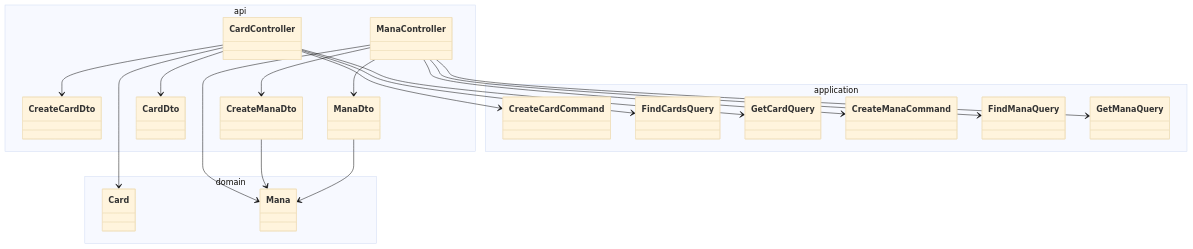
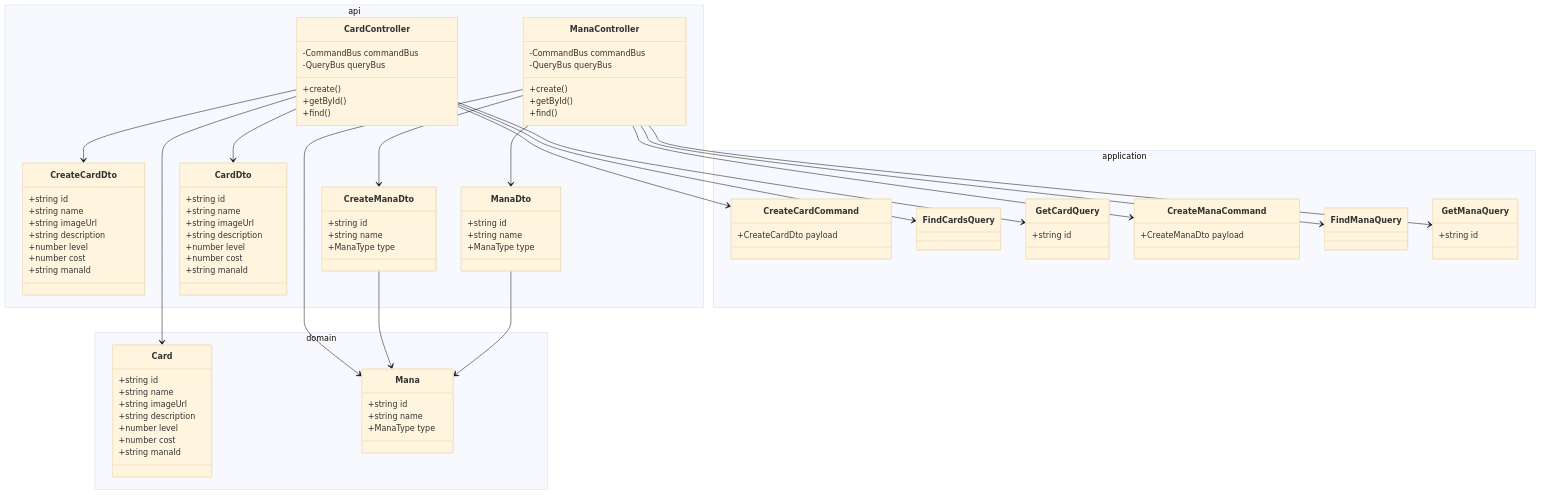
One commit to pslotinsky/decay-of-magic changed the first of 5 diagrams in services/codex-service/README.md. Above: the diagram before and after it, drawn with Mermaid (base theme). The commit also changed other lines of this file and 16 other files, not shown here.

Commit message:
DOD-0004: Add class members to Poe class diagram

````diff
--- a/services/codex-service/README.md
+++ b/services/codex-service/README.md
@@ -33,24 +33,80 @@
 ```mermaid
 classDiagram
   namespace api {
-    class CardController
-    class ManaController
-    class CreateCardDto
-    class CreateManaDto
-    class CardDto
-    class ManaDto
+    class CardController {
+      -CommandBus commandBus
+      -QueryBus queryBus
+      +create()
+      +getById()
+      +find()
+    }
+    class ManaController {
+      -CommandBus commandBus
+      -QueryBus queryBus
+      +create()
+      +getById()
+      +find()
+    }
+    class CreateCardDto {
+      +string id
+      +string name
+      +string imageUrl
+      +string description
+      +number level
+      +number cost
+      +string manaId
+    }
+    class CreateManaDto {
+      +string id
+      +string name
+      +ManaType type
+    }
+    class CardDto {
+      +string id
+      +string name
+      +string imageUrl
+      +string description
+      +number level
+      +number cost
+      +string manaId
+    }
+    class ManaDto {
+      +string id
+      +string name
+      +ManaType type
+    }
   }
   namespace application {
-    class CreateCardCommand
+    class CreateCardCommand {
+      +CreateCardDto payload
+    }
     class FindCardsQuery
-    class GetCardQuery
-    class CreateManaCommand
+    class GetCardQuery {
+      +string id
+    }
+    class CreateManaCommand {
+      +CreateManaDto payload
+    }
     class FindManaQuery
-    class GetManaQuery
+    class GetManaQuery {
+      +string id
+    }
   }
   namespace domain {
-    class Card
-    class Mana
+    class Card {
+      +string id
+      +string name
+      +string imageUrl
+      +string description
+      +number level
+      +number cost
+      +string manaId
+    }
+    class Mana {
+      +string id
+      +string name
+      +ManaType type
+    }
   }
 
   CardController --> CreateCardDto
````
